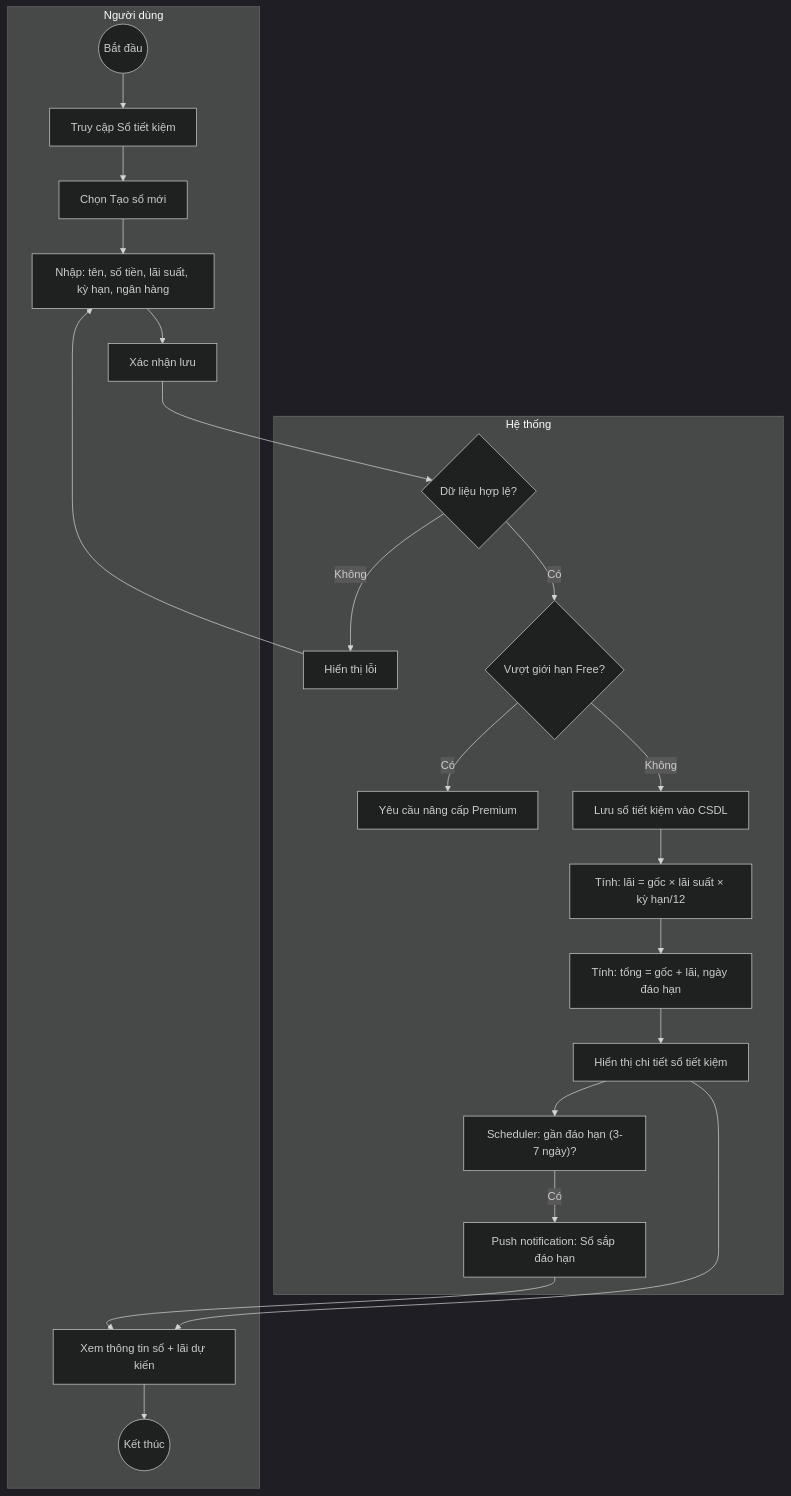
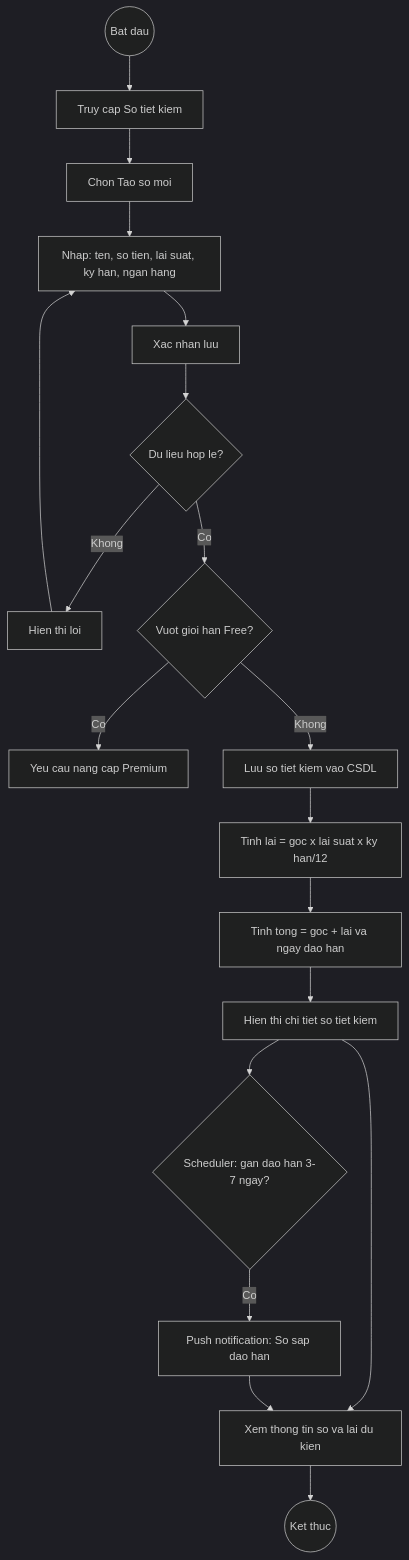
The eighth of 10 diagrams in Nghiên cứu MISA MoneyKeeper.md (Hieu-vn/Graduation-Thesis), drawn with Mermaid (dark theme) before and after one commit. The commit also changed other lines of this file, not shown here.

First line of the commit message:
fix: Rewrite all 10 mermaid diagrams for GitHub rendering

````diff
--- a/Nghiên cứu MISA MoneyKeeper.md
+++ b/Nghiên cứu MISA MoneyKeeper.md
@@ -278,24 +248,20 @@
 ```mermaid
 flowchart TD
-    subgraph "Người dùng"
-        A((Bắt đầu)) --> B[Truy cập Sổ tiết kiệm]
-        B --> C[Chọn Tạo sổ mới]
-        C --> D["Nhập: tên, số tiền, lãi suất, kỳ hạn, ngân hàng"]
-        D --> E[Xác nhận lưu]
-        K[Xem thông tin sổ + lãi dự kiến] --> L((Kết thúc))
-    end
-    subgraph "Hệ thống"
-        E --> F{Dữ liệu hợp lệ?}
-        F -->|Không| F2[Hiển thị lỗi] --> D
-        F -->|Có| G{Vượt giới hạn Free?}
-        G -->|Có| G2[Yêu cầu nâng cấp Premium]
-        G -->|Không| H[Lưu sổ tiết kiệm vào CSDL]
-        H --> I["Tính: lãi = gốc × lãi suất × kỳ hạn/12"]
-        I --> I2["Tính: tổng = gốc + lãi, ngày đáo hạn"]
-        I2 --> I3[Hiển thị chi tiết sổ tiết kiệm]
-        I3 --> J["Scheduler: gần đáo hạn (3-7 ngày)?"]
-        J -->|Có| J2["Push notification: Sổ sắp đáo hạn"]
-    end
-    I3 --> K
+    A((Bat dau)) --> B[Truy cap So tiet kiem]
+    B --> C[Chon Tao so moi]
+    C --> D[Nhap: ten, so tien, lai suat, ky han, ngan hang]
+    D --> E[Xac nhan luu]
+    E --> F{Du lieu hop le?}
+    F -->|Khong| F2[Hien thi loi] --> D
+    F -->|Co| G{Vuot gioi han Free?}
+    G -->|Co| G2[Yeu cau nang cap Premium]
+    G -->|Khong| H[Luu so tiet kiem vao CSDL]
+    H --> I[Tinh lai = goc x lai suat x ky han/12]
+    I --> I2[Tinh tong = goc + lai va ngay dao han]
+    I2 --> I3[Hien thi chi tiet so tiet kiem]
+    I3 --> K[Xem thong tin so va lai du kien]
+    I3 --> J{Scheduler: gan dao han 3-7 ngay?}
+    J -->|Co| J2[Push notification: So sap dao han]
     J2 --> K
+    K --> L((Ket thuc))
 ```
````
